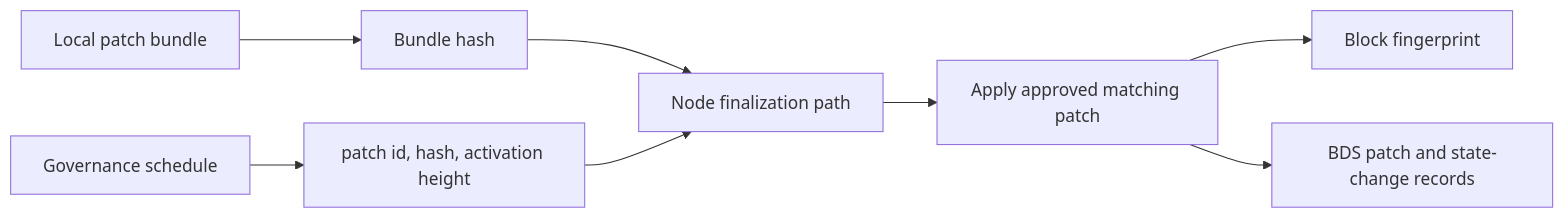
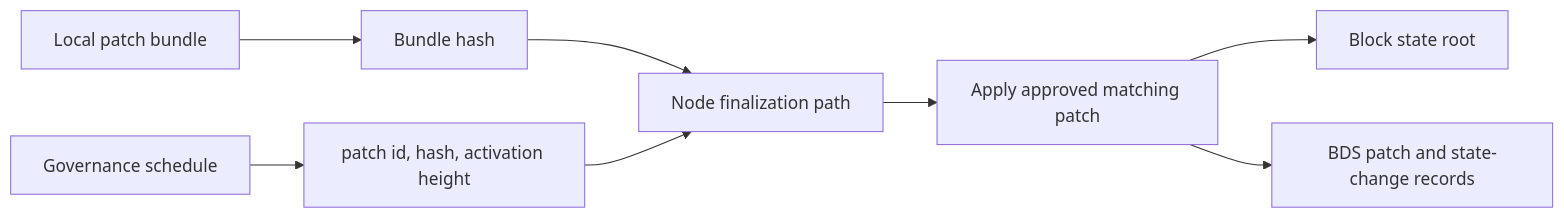
One commit to xian-technology/xian-abci changed the diagram in src/xian/tools/state_patches/README.md. Above: the diagram before and after it, drawn with Mermaid. The commit also changed other lines of this file and 24 other files, not shown here.

````diff
--- a/src/xian/tools/state_patches/README.md
+++ b/src/xian/tools/state_patches/README.md
@@ -29,10 +29,10 @@
 ```mermaid
 flowchart LR
   Bundle["Local patch bundle"] --> Hash["Bundle hash"]
   Governance["Governance schedule"] --> Metadata["patch id, hash, activation height"]
   Hash --> Node["Node finalization path"]
   Metadata --> Node
   Node --> Apply["Apply approved matching patch"]
-  Apply --> Fingerprint["Block fingerprint"]
+  Apply --> Root["Block state root"]
   Apply --> BDS["BDS patch and state-change records"]
 ```
````
